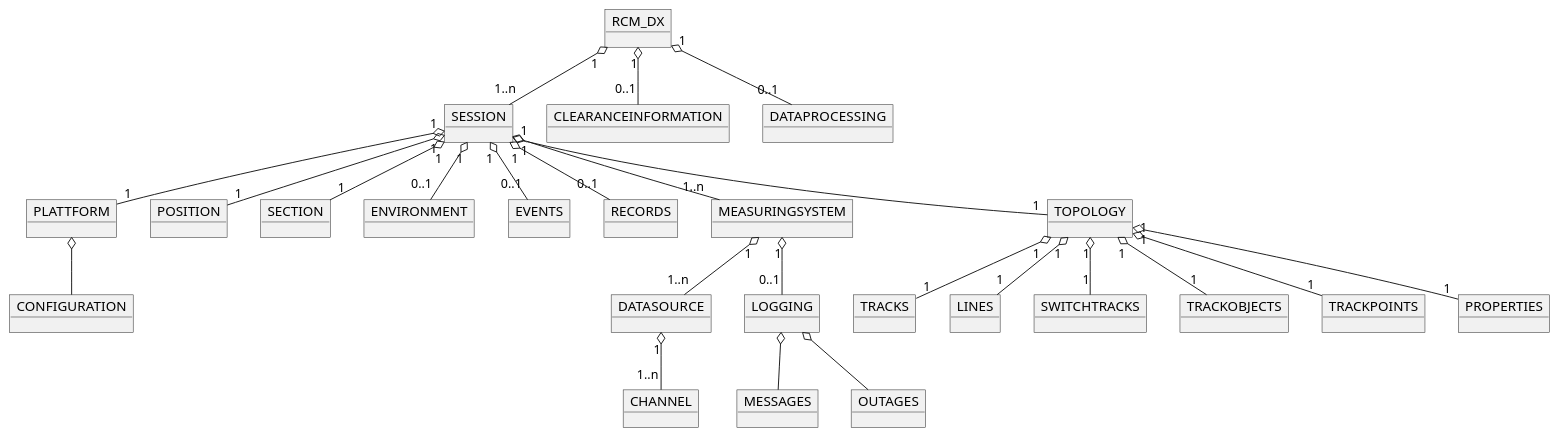
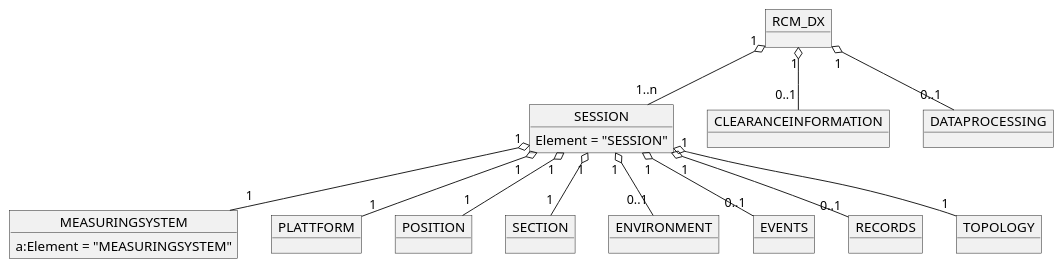
Before and after one commit to OpenRailAssociation/rcm-dx: the second of 8 diagrams in images.puml, drawn with PlantUML. The commit also changed other lines of this file and 5 other files, not shown here.

Commit message:
TIM-1111: New SBB-Logo added; minor changes in readme.md; new diagram images in specification; color changes in latex theme to match SBB restrictions.

```diff
--- a/images.puml
+++ b/images.puml
@@ -3,63 +47,41 @@
 @startuml RCM_DX_Structure
 
   object RCM_DX
 
-  object SESSION
+  object SESSION {
+    Element = "SESSION"
+  }
+
+  object MEASURINGSYSTEM {
+    a:Element = "MEASURINGSYSTEM"
+  }
 
   object CLEARANCEINFORMATION
   object DATAPROCESSING
 
   object PLATTFORM
-  object CONFIGURATION
 
   object POSITION
   object SECTION
   
   object ENVIRONMENT
-  object DATASOURCE
 
   object EVENTS
   object RECORDS
 
-  object MEASURINGSYSTEM
+  object TOPOLOGY
 
-  object TOPOLOGY
-  object TRACKS
-  object LINES
-  object SWITCHTRACKS
-  object TRACKOBJECTS
-  object TRACKPOINTS
-  object PROPERTIES
-
-  object CHANNEL
-  object LOGGING
-  object MESSAGES
-  object OUTAGES
-
+  RCM_DX "1" o-- "1..n" SESSION
   RCM_DX "1" o-- "0..1" CLEARANCEINFORMATION
   RCM_DX "1" o-- "0..1" DATAPROCESSING
-  RCM_DX "1" o-- "1..n" SESSION
   
-  SESSION "1" o-- "1" PLATTFORM 
+  SESSION "1" o-- "1" PLATTFORM
   SESSION "1" o-- "1" POSITION
   SESSION "1" o-- "0..1" ENVIRONMENT
-  SESSION "1" o-- "1..n" MEASURINGSYSTEM
+  SESSION "1" o-- "1" MEASURINGSYSTEM
   SESSION "1" o-- "0..1" EVENTS
   SESSION "1" o-- "0..1" RECORDS
   SESSION "1" o-- "1" TOPOLOGY
   SESSION "1" o-- "1" SECTION
   
-  PLATTFORM o-- CONFIGURATION
-  MEASURINGSYSTEM "1" o-- "1..n" DATASOURCE
-  MEASURINGSYSTEM "1" o-- "0..1" LOGGING
-  DATASOURCE "1" o-- "1..n" CHANNEL
-  LOGGING o-- MESSAGES
-  LOGGING o-- OUTAGES
-
-  TOPOLOGY "1" o-- "1" TRACKS
-  TOPOLOGY "1" o-- "1" LINES
-  TOPOLOGY "1" o-- "1" SWITCHTRACKS
-  TOPOLOGY "1" o-- "1" TRACKOBJECTS
-  TOPOLOGY "1" o-- "1" TRACKPOINTS
-  TOPOLOGY "1" o-- "1" PROPERTIES
 @enduml
```
